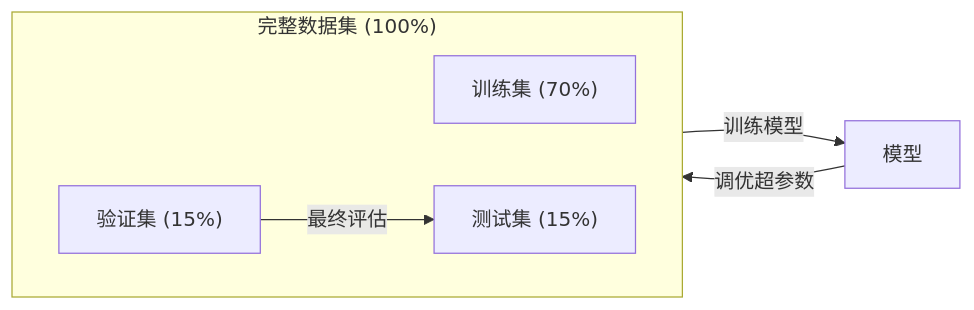
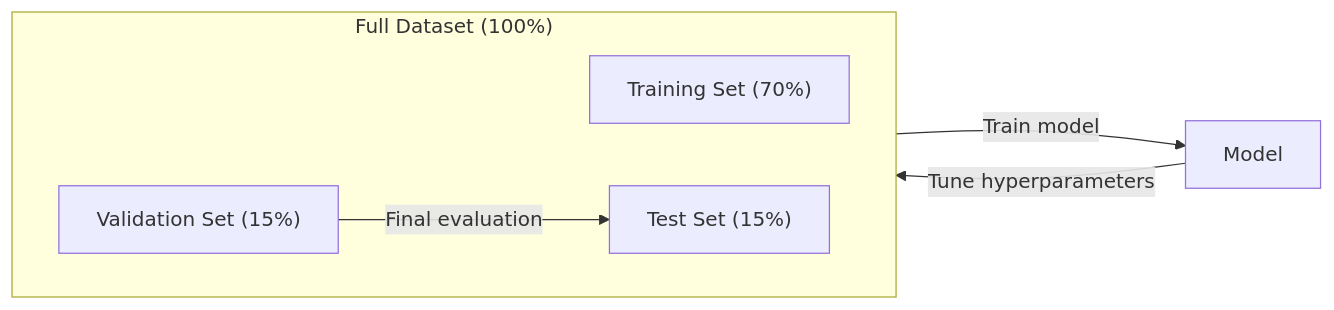
One commit to xiaojiaenen/ai-engineering-from-scratch-zh changed the fourth of 6 diagrams in i18n/zh/phases/02-ml-fundamentals/01-what-is-machine-learning/docs/zh.md. Above: the diagram before and after it, drawn with Mermaid. The commit also changed other lines of this file and 18 other files, not shown here.

````diff
--- a/i18n/zh/phases/02-ml-fundamentals/01-what-is-machine-learning/docs/zh.md
+++ b/i18n/zh/phases/02-ml-fundamentals/01-what-is-machine-learning/docs/zh.md
@@ -157,13 +157,13 @@
 ```mermaid
 flowchart LR
-    subgraph Dataset["完整数据集 (100%)"]
+    subgraph Dataset["Full Dataset (100%)"]
         direction LR
-        TR["训练集 (70%)"]
-        VA["验证集 (15%)"]
-        TE["测试集 (15%)"]
+        TR["Training Set (70%)"]
+        VA["Validation Set (15%)"]
+        TE["Test Set (15%)"]
     end
 
-    TR -->|训练模型| M[模型]
-    M -->|调优超参数| VA
-    VA -->|最终评估| TE
+    TR -->|Train model| M[Model]
+    M -->|Tune hyperparameters| VA
+    VA -->|Final evaluation| TE
 ```
````
